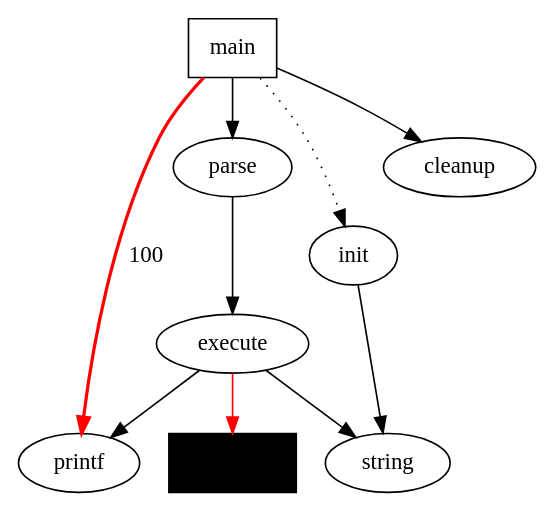
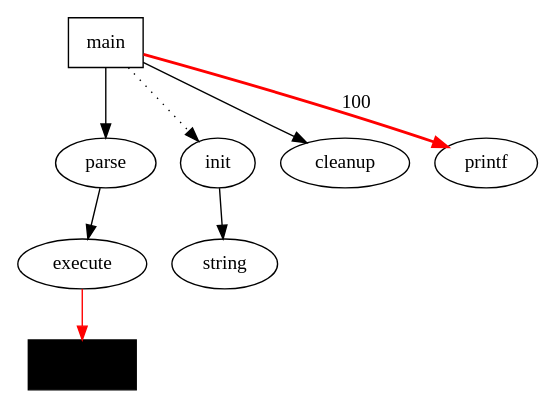
The diagram in DotParserProject/test_inputs/test2.dot (YaccConstructor/QuickGraph), drawn with Graphviz before and after one commit. The commit also changed 9 other files, not shown here.

```diff
--- a/DotParserProject/test_inputs/test2.dot
+++ b/DotParserProject/test_inputs/test2.dot
@@ -1,18 +1,14 @@
 digraph G {
 size =4.4;
 main [shape=box];
 main -> parse [weight=8];
 parse -> execute;
 main -> init [style=dotted];
 main -> cleanup;
-execute -> {
-make_string;
-printf
-}
 init -> make_string;
 edge [color=red];
 main -> printf [style=bold,label=100];
 make_string [label=string];
 node [shape=box,style=filled,color=.7];
 execute -> compare;
 }
```
